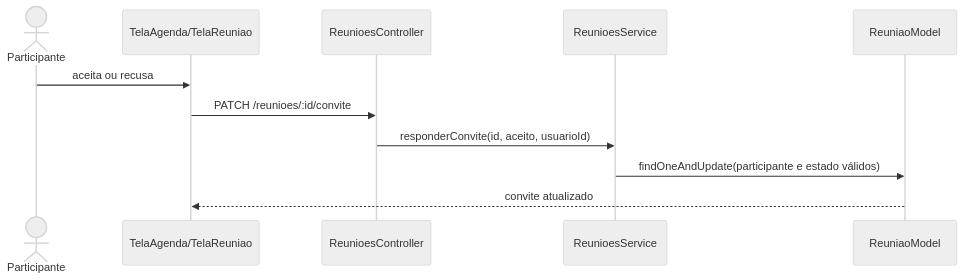
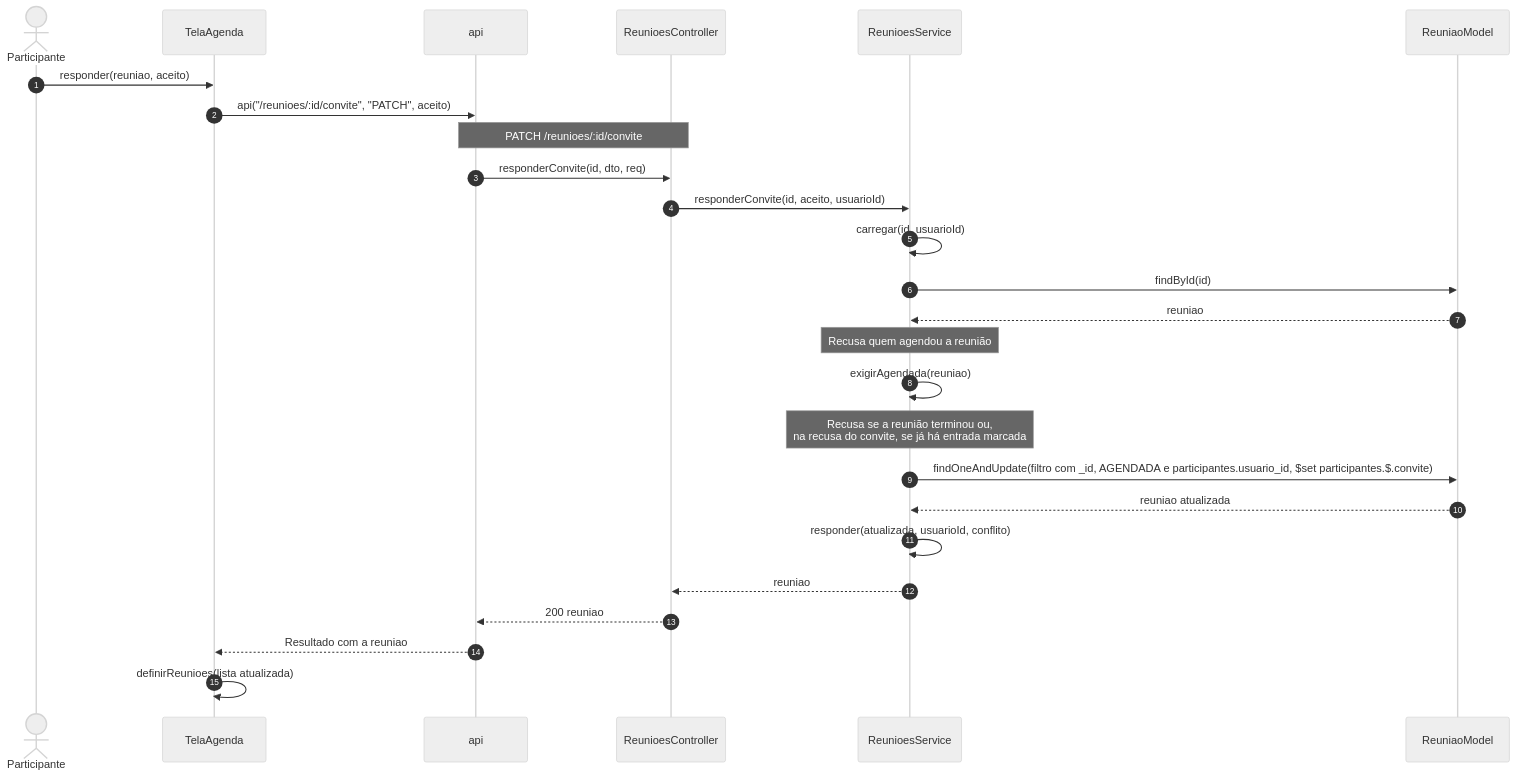
Before and after one commit to Conecta-IFSP/DOCUMENTATION: the fifth of 13 diagrams in 3 - Incremento2/reunioes/6 - diagramas-sequencia-reunioes.md, drawn with Mermaid (neutral theme). The commit also changed other lines of this file and 26 other files, not shown here.

````diff
--- a/3 - Incremento2/reunioes/6 - diagramas-sequencia-reunioes.md
+++ b/3 - Incremento2/reunioes/6 - diagramas-sequencia-reunioes.md
@@ -82,13 +148,28 @@
 ```mermaid
 sequenceDiagram
+    autonumber
     actor U as Participante
-    participant T as TelaAgenda/TelaReuniao
+    participant T as TelaAgenda
+    participant A as api
     participant C as ReunioesController
     participant S as ReunioesService
     participant M as ReuniaoModel
-    U->>T: aceita ou recusa
-    T->>C: PATCH /reunioes/:id/convite
+    U->>T: responder(reuniao, aceito)
+    T->>A: api("/reunioes/:id/convite", "PATCH", aceito)
+    Note over A,C: PATCH /reunioes/:id/convite
+    A->>C: responderConvite(id, dto, req)
     C->>S: responderConvite(id, aceito, usuarioId)
-    S->>M: findOneAndUpdate(participante e estado válidos)
-    M-->>T: convite atualizado
+    S->>S: carregar(id, usuarioId)
+    S->>M: findById(id)
+    M-->>S: reuniao
+    Note over S: Recusa quem agendou a reunião
+    S->>S: exigirAgendada(reuniao)
+    Note over S: Recusa se a reunião terminou ou,<br/>na recusa do convite, se já há entrada marcada
+    S->>M: findOneAndUpdate(filtro com _id, AGENDADA e participantes.usuario_id, $set participantes.$.convite)
+    M-->>S: reuniao atualizada
+    S->>S: responder(atualizada, usuarioId, conflito)
+    S-->>C: reuniao
+    C-->>A: 200 reuniao
+    A-->>T: Resultado com a reuniao
+    T->>T: definirReunioes(lista atualizada)
 ```
````
